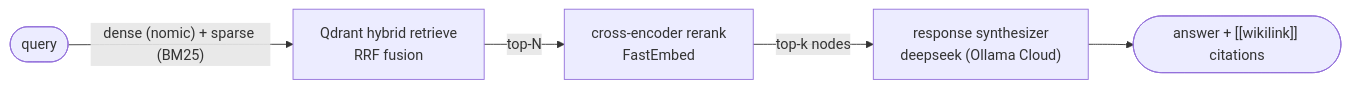
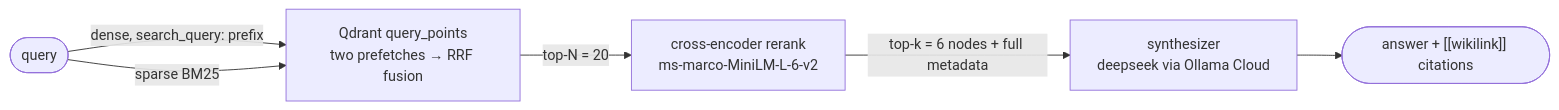
The fifth of 9 diagrams in docs/SPEC.md (Atrv-Shrn/Obsidian-Librarian), drawn with Mermaid before and after one commit. The commit also changed other lines of this file and 5 other files, not shown here.

First line of the commit message:
fix: never invoke the agent graph with an empty message list

````diff
--- a/docs/SPEC.md
+++ b/docs/SPEC.md
@@ -239,7 +270,8 @@
 ```mermaid
 flowchart LR
-  q([query]) -->|"dense (nomic) + sparse (BM25)"| HR["Qdrant hybrid retrieve<br/>RRF fusion"]
-  HR -->|top-N| RR["cross-encoder rerank<br/>FastEmbed"]
-  RR -->|top-k nodes| GEN["response synthesizer<br/>deepseek (Ollama Cloud)"]
+  q(["query"]) -->|"dense, search_query: prefix"| HR
+  q -->|"sparse BM25"| HR["Qdrant query_points<br/>two prefetches → RRF fusion"]
+  HR -->|"top-N = 20"| RR["cross-encoder rerank<br/>ms-marco-MiniLM-L-6-v2"]
+  RR -->|"top-k = 6 nodes + full metadata"| GEN["synthesizer<br/>deepseek via Ollama Cloud"]
   GEN --> A(["answer + [[wikilink]] citations"])
 ```
````
